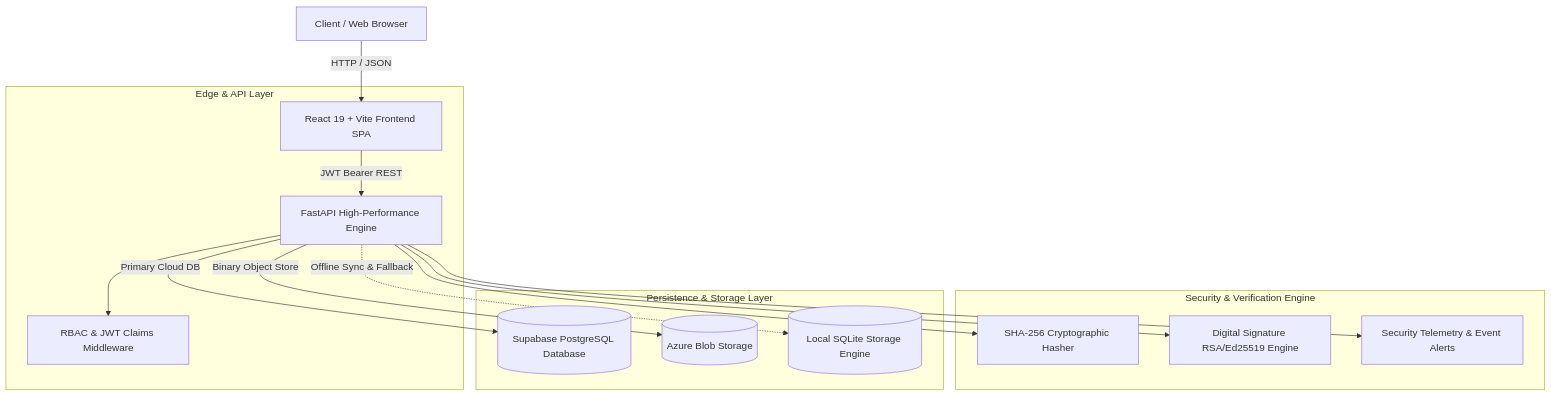
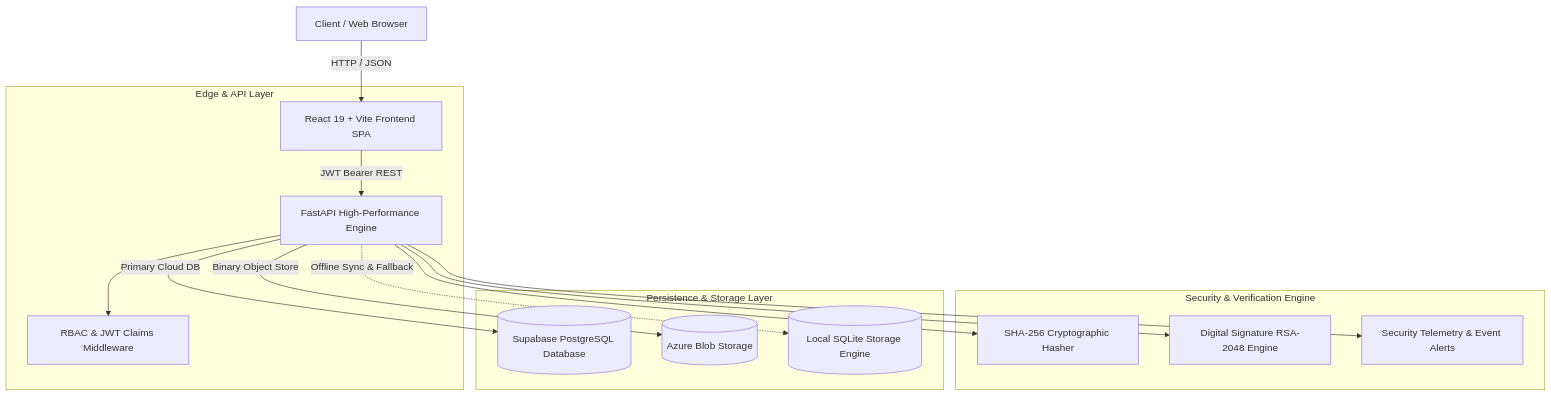
One commit to Jatin-code16/varitydoc changed the first of 2 diagrams in README.md. Above: the diagram before and after it, drawn with Mermaid. The commit also changed other lines of this file and 17 other files, not shown here.

````diff
--- a/README.md
+++ b/README.md
@@ -90,21 +90,21 @@
 ```mermaid
 graph TD
     Client[Client / Web Browser] -->|HTTP / JSON| Frontend[React 19 + Vite Frontend SPA]
     
     subgraph Edge & API Layer
     Frontend -->|JWT Bearer REST| API[FastAPI High-Performance Engine]
     API --> Auth[RBAC & JWT Claims Middleware]
     end
 
     subgraph Security & Verification Engine
     API --> HashService[SHA-256 Cryptographic Hasher]
-    API --> SigService[Digital Signature RSA/Ed25519 Engine]
+    API --> SigService[Digital Signature RSA-2048 Engine]
     API --> AlertEngine[Security Telemetry & Event Alerts]
     end
 
     subgraph Persistence & Storage Layer
     API -->|Primary Cloud DB| Supabase[(Supabase PostgreSQL Database)]
     API -->|Binary Object Store| AzureBlob[(Azure Blob Storage)]
     API -.->|Offline Sync & Fallback| SQLite[(Local SQLite Storage Engine)]
     end
 ```
````
